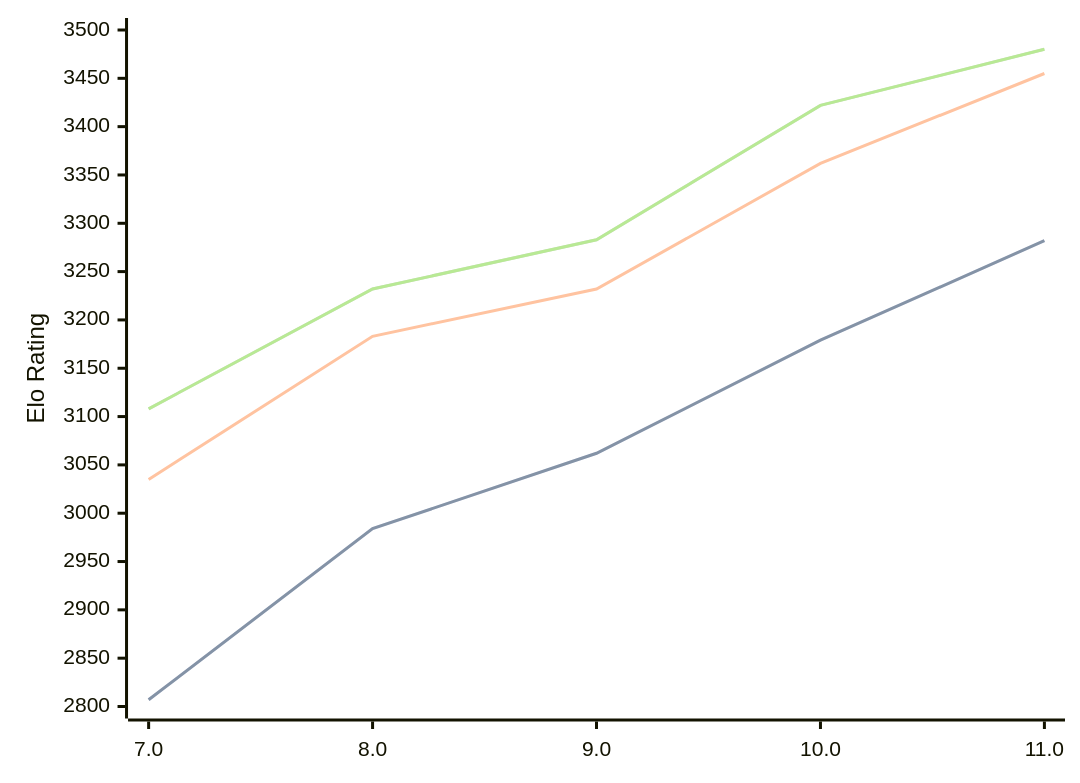
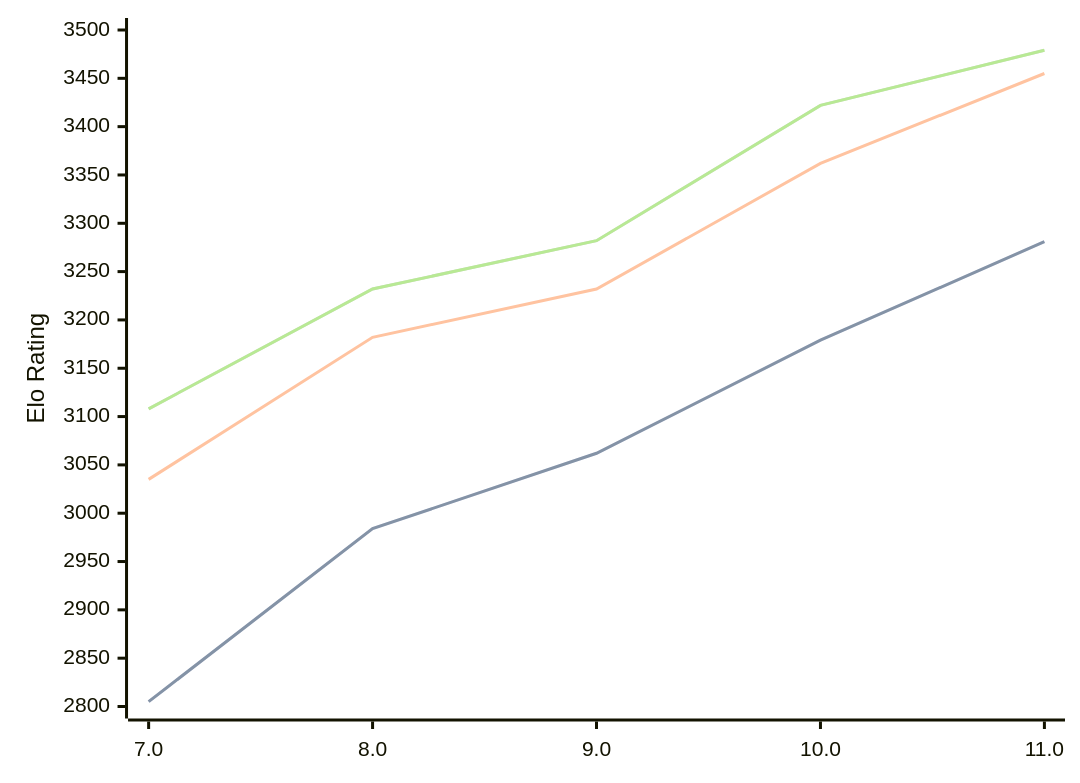
One commit to computer-chess-index/cci changed the diagram in engines/Tcheran.md. Above: the diagram before and after it, drawn with Mermaid. The commit also changed other lines of this file, not shown here.

Commit message:
Update CCI Ratings (ELO VLTC) - 2026-04-21

````diff
--- a/engines/Tcheran.md
+++ b/engines/Tcheran.md
@@ -49,11 +49,11 @@
 ```mermaid
 %%{init: {"theme":"base","themeVariables":{"seriesColors:['#a3a3a3','#222221','#faa371']}}}%%
 xychart-beta
   x-axis ["7.0", "8.0", "9.0", "10.0", "11.0"]
   y-axis "Elo Rating" 2800 --> 3500
-  line "STC (8.0+0.08s)" [2807, 2984, 3062, 3179, 3282]
-  line "STC (8.0+0.08s)" [2807, 2984, 3062, 3179, 3282]
-  line "LTC (60.0+0.60s)" [3035, 3183, 3232, 3362, 3455]
-  line "VLTC (2m24s+1.12s)" [3108, 3232, 3283, 3422, 3480]
-  line "VLTC (2m24s+1.12s)" [3108, 3232, 3283, 3422, 3480]
+  line "STC (8.0+0.08s)" [2805, 2984, 3062, 3179, 3281]
+  line "STC (8.0+0.08s)" [2805, 2984, 3062, 3179, 3281]
+  line "LTC (60.0+0.60s)" [3035, 3182, 3232, 3362, 3455]
+  line "VLTC (2m24s+1.12s)" [3108, 3232, 3282, 3422, 3479]
+  line "VLTC (2m24s+1.12s)" [3108, 3232, 3282, 3422, 3479]
 ```
````
